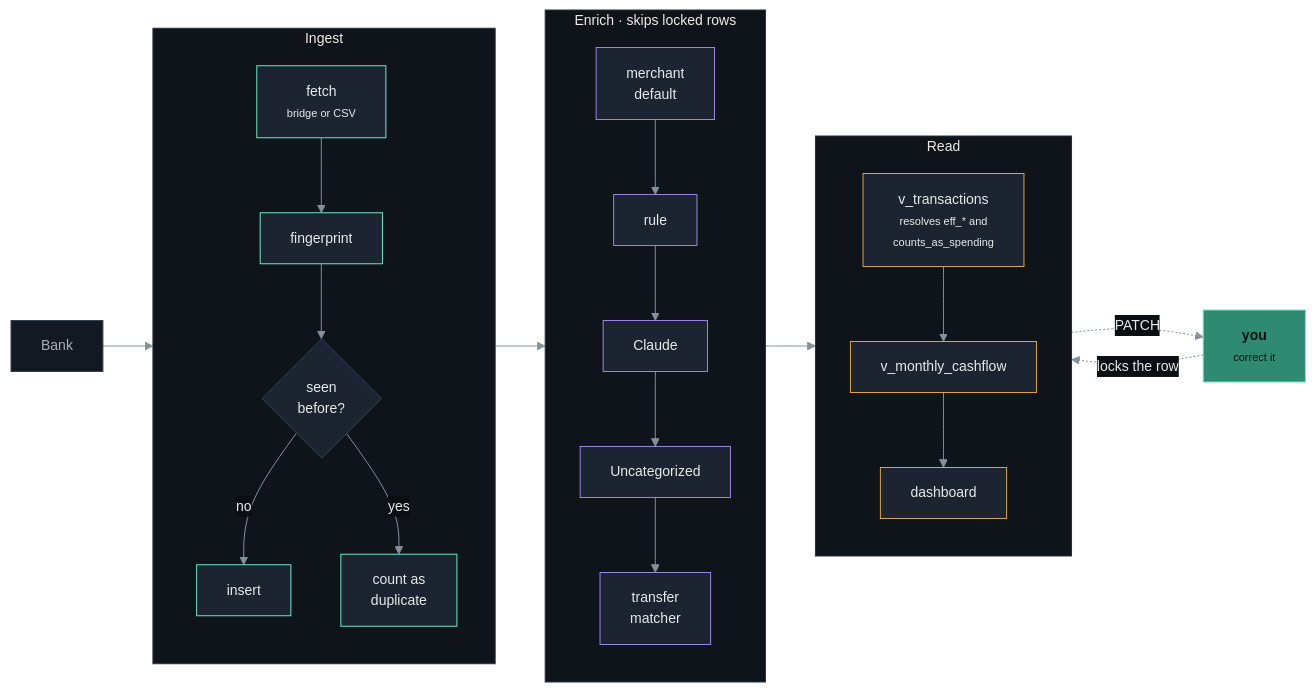
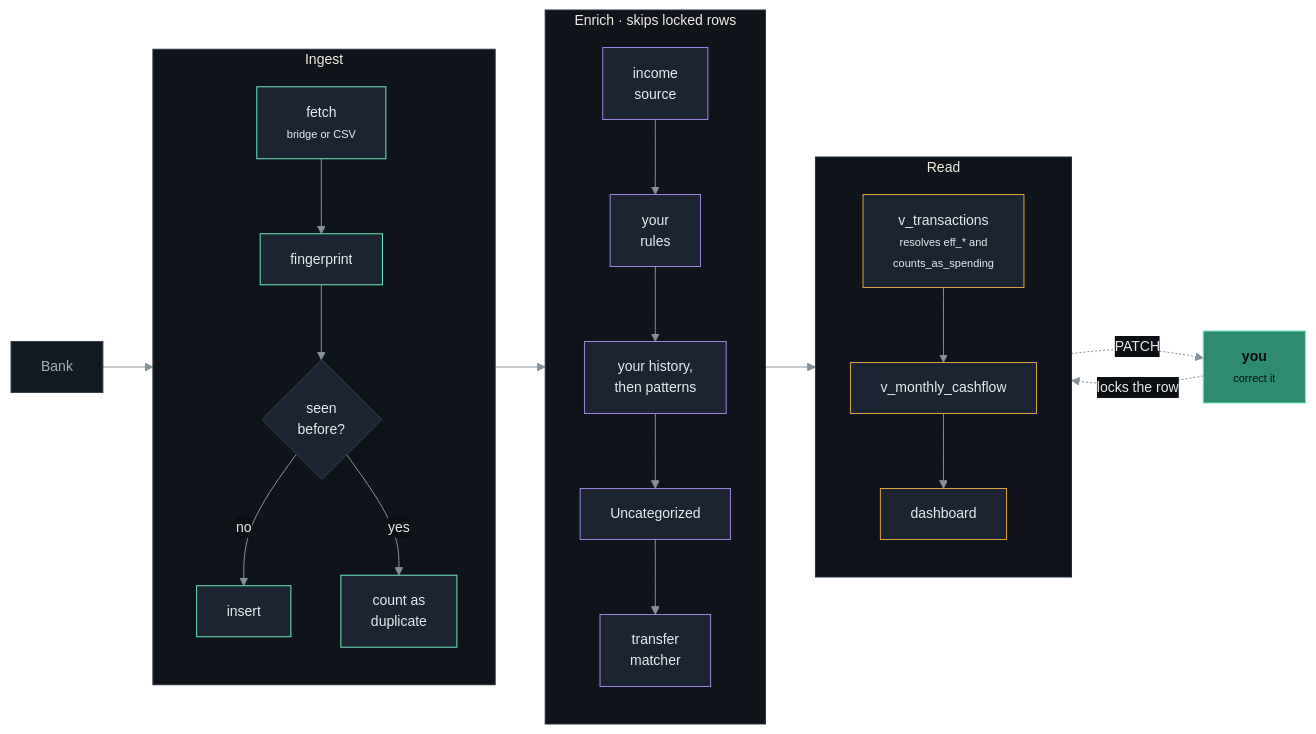
One commit to aryamanram/personal-finance-manager changed the first of 2 diagrams in docs/architecture/data-flow.md. Above: the diagram before and after it, drawn with Mermaid. The commit also changed 37 other files, not shown here.

````diff
--- a/docs/architecture/data-flow.md
+++ b/docs/architecture/data-flow.md
@@ -8,57 +8,57 @@
 ```mermaid
 %%{init: {'theme':'base','themeVariables':{
   'background':'transparent',
   'primaryColor':'#1b2430','primaryTextColor':'#e6eaec','primaryBorderColor':'#34424f',
   'lineColor':'#84919a','secondaryColor':'#131922','tertiaryColor':'#0f141b',
   'clusterBkg':'#0f141b','clusterBorder':'#25303e',
   'edgeLabelBackground':'#0b0f14','fontSize':'14px'
 }}}%%
 flowchart LR
     bank["Bank"]
 
     subgraph in["Ingest"]
         direction TB
         fetch["fetch<br/><span style='font-size:11px'>bridge or CSV</span>"]
         fp["fingerprint"]
         dedup{"seen<br/>before?"}
         insert["insert"]
         skip["count as<br/>duplicate"]
     end
 
     subgraph enrich["Enrich · skips locked rows"]
         direction TB
-        merchant["merchant<br/>default"]
-        rule["rule"]
-        model["Claude"]
+        income["income<br/>source"]
+        rule["your<br/>rules"]
+        model["your history,<br/>then patterns"]
         uncat["Uncategorized"]
         pair["transfer<br/>matcher"]
     end
 
     subgraph read["Read"]
         direction TB
         view["v_transactions<br/><span style='font-size:11px'>resolves eff_* and<br/>counts_as_spending</span>"]
         totals["v_monthly_cashflow"]
         screen["dashboard"]
     end
 
     human["<b>you</b><br/><span style='font-size:11px'>correct it</span>"]
 
     bank --> fetch --> fp --> dedup
     dedup -->|no| insert
     dedup -->|yes| skip
-    insert --> merchant --> rule --> model --> uncat
+    insert --> income --> rule --> model --> uncat
     uncat --> pair --> view --> totals --> screen
     screen -.->|"PATCH"| human
     human -.->|"locks the row"| view
 
     classDef ing fill:#1b2430,stroke:#6ee7c0,color:#e6eaec
     classDef enr fill:#1b2430,stroke:#9a86e0,color:#e6eaec
     classDef rd fill:#1b2430,stroke:#d9a441,color:#e6eaec
     classDef ext fill:#131922,stroke:#34424f,color:#a5b0b7
     classDef hum fill:#2f8a72,stroke:#6ee7c0,color:#0b0f14
     class fetch,fp,insert,skip ing
-    class merchant,rule,model,uncat,pair enr
+    class income,rule,model,uncat,pair enr
     class view,totals,screen rd
     class bank ext
     class human hum
 ```
````
